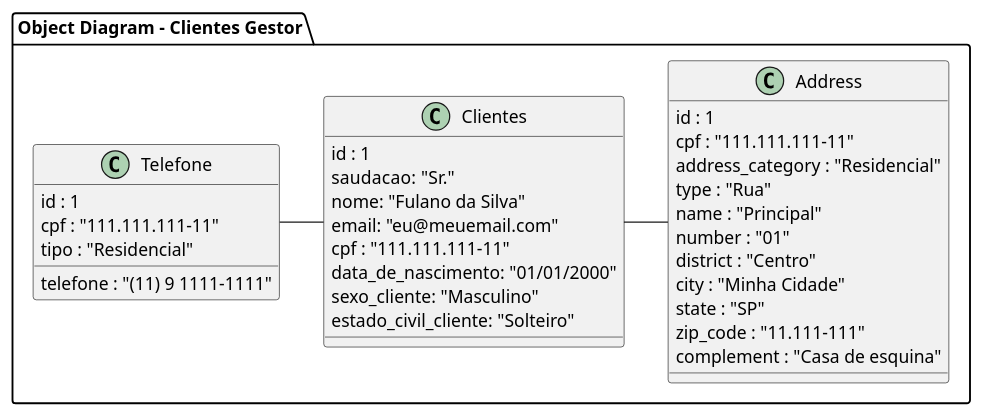
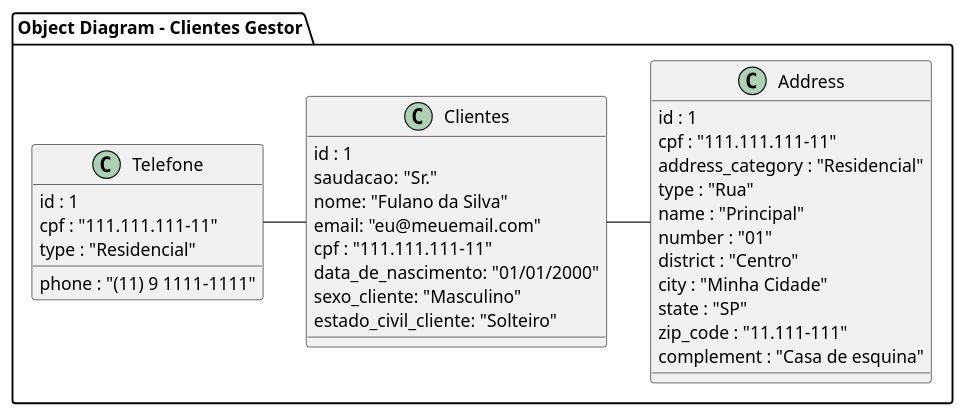
The diagram in modelagem/diagrama_de_objetos.plantuml (douglascarlos-dev/Clientes-Gestor), drawn with PlantUML before and after one commit. The commit also changed 6 other files, not shown here.

```diff
--- a/modelagem/diagrama_de_objetos.plantuml
+++ b/modelagem/diagrama_de_objetos.plantuml
@@ -1,42 +1,42 @@
 @startuml Object Diagram
 
 package "Object Diagram - Clientes Gestor" {
 
 Clientes -right- Address
 Clientes -left- Telefone
 
 object Clientes {
   id : 1
   saudacao: "Sr."
   nome: "Fulano da Silva"
   email: "eu@meuemail.com"
   cpf : "111.111.111-11"
   data_de_nascimento: "01/01/2000"
   sexo_cliente: "Masculino"
   estado_civil_cliente: "Solteiro"
 }
 
 object Address {
   id : 1
   cpf : "111.111.111-11"
   address_category : "Residencial"
   type : "Rua"
   name : "Principal"
   number : "01"
   district : "Centro"
   city : "Minha Cidade"
   state : "SP"
   zip_code : "11.111-111"
   complement : "Casa de esquina"
 }
 
 object Telefone {
   id : 1
   cpf : "111.111.111-11"
-  telefone : "(11) 9 1111-1111"
-  tipo : "Residencial"
+  phone : "(11) 9 1111-1111"
+  type : "Residencial"
 }
 
 }
 
 @enduml
```
